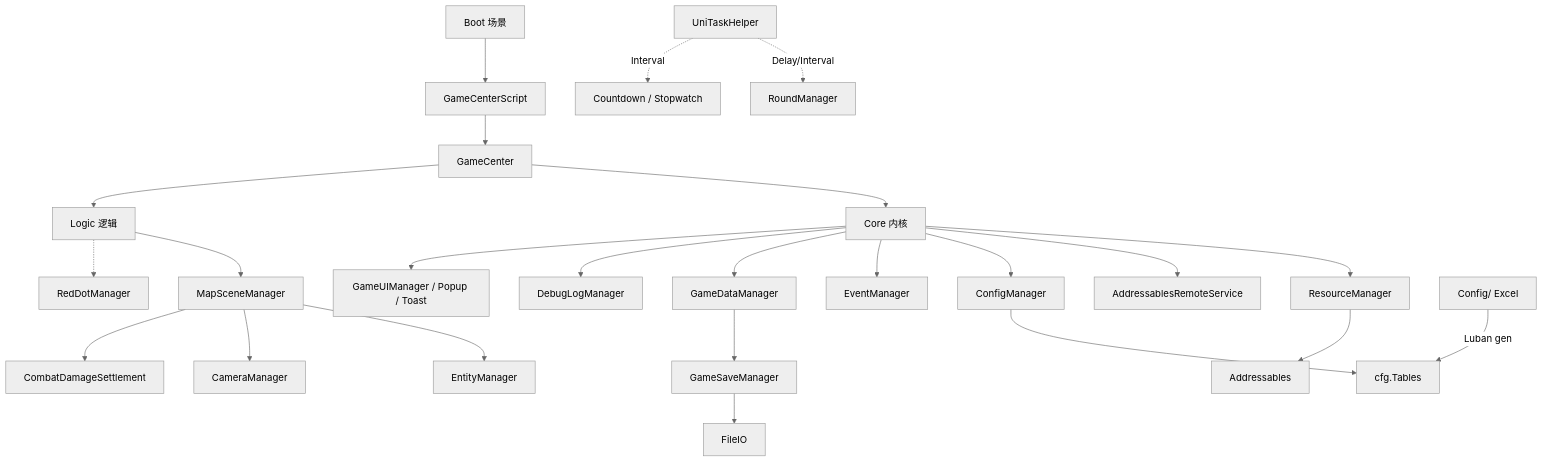
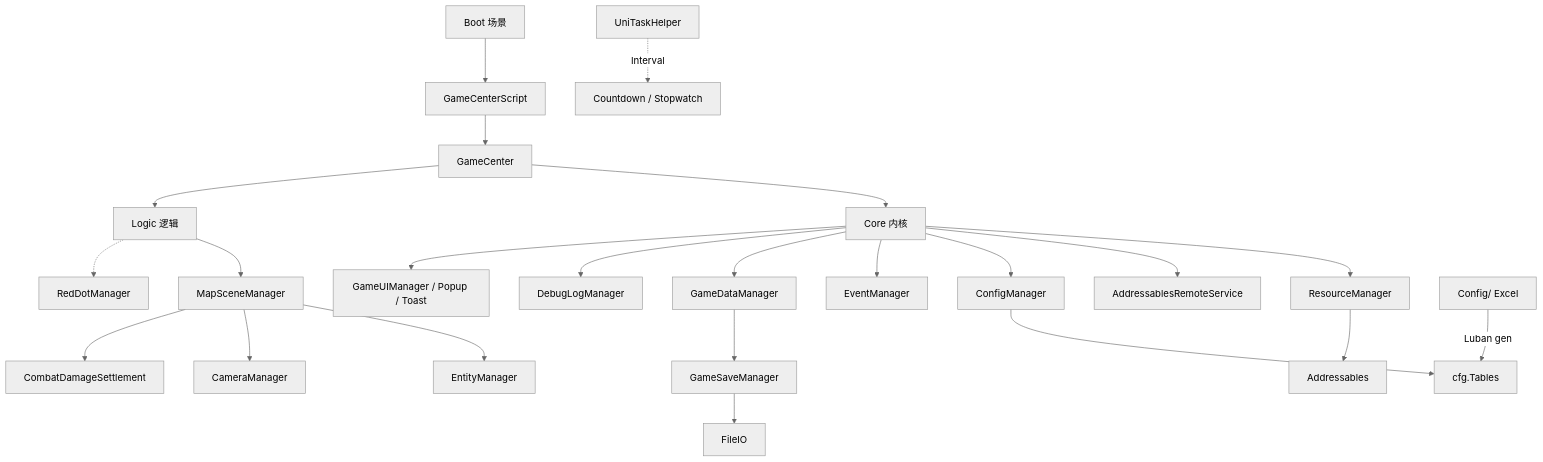
The diagram in README.md (lyereb/Dragon), drawn with Mermaid (neutral theme) before and after one commit. The commit also changed other lines of this file and 8 other files, not shown here.

````diff
--- a/README.md
+++ b/README.md
@@ -800,26 +784,25 @@
 ```mermaid
 flowchart TB
     Boot[Boot 场景] --> GCS[GameCenterScript]
     GCS --> GC[GameCenter]
     GC --> Core[Core 内核]
     GC --> Logic[Logic 逻辑]
     Core --> RM[ResourceManager]
     Core --> ARS[AddressablesRemoteService]
     Core --> CM[ConfigManager]
     Core --> EM[EventManager]
     Core --> DM[GameDataManager]
     Core --> DLM[DebugLogManager]
     Core --> UI[GameUIManager / Popup / Toast]
     Logic --> MSM[MapSceneManager]
     Logic -.-> RDM[RedDotManager]
     MSM --> EntM[EntityManager]
     MSM --> CamM[CameraManager]
     MSM --> Combat[CombatDamageSettlement]
     CM --> Luban[cfg.Tables]
     DM --> Save[GameSaveManager]
     Save --> FIO[FileIO]
     RM --> Addr[Addressables]
     Config[Config/ Excel] -->|Luban gen| Luban
-    TimeLib[UniTaskHelper] -.->|Delay/Interval| Round[RoundManager]
-    TimeLib -.->|Interval| CountDown[Countdown / Stopwatch]
+    TimeLib[UniTaskHelper] -.->|Interval| CountDown[Countdown / Stopwatch]
 ```
````
